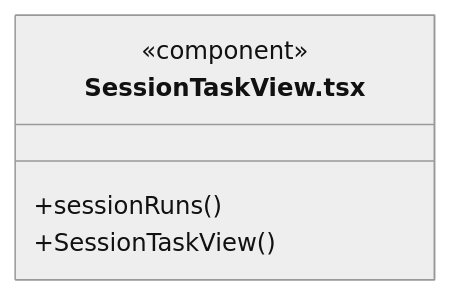
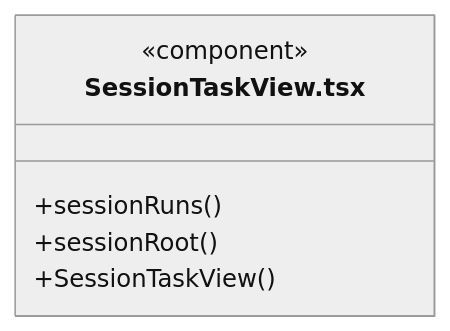
Diagram 13 of 23 in src/frontend/tasks/ARCHITECTURE.md (nan023062/cbim), drawn with Mermaid (neutral theme) before and after one commit. The commit also changed other lines of this file and 240 other files, not shown here.

````diff
--- a/src/frontend/tasks/ARCHITECTURE.md
+++ b/src/frontend/tasks/ARCHITECTURE.md
@@ -31,8 +233,9 @@
 ```mermaid
 classDiagram
 class N_src_frontend_tasks_SessionTaskView_tsx["SessionTaskView.tsx"] {
   <<component>>
   +sessionRuns()
+  +sessionRoot()
   +SessionTaskView()
 }
 ```
````
